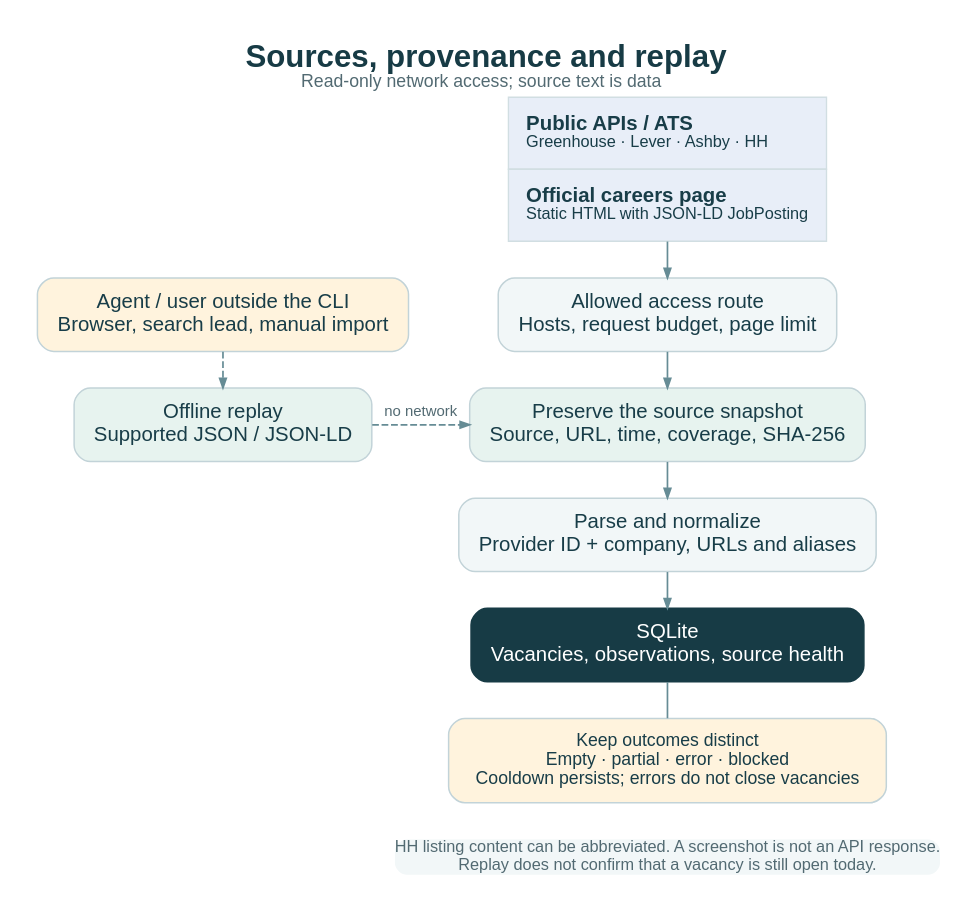
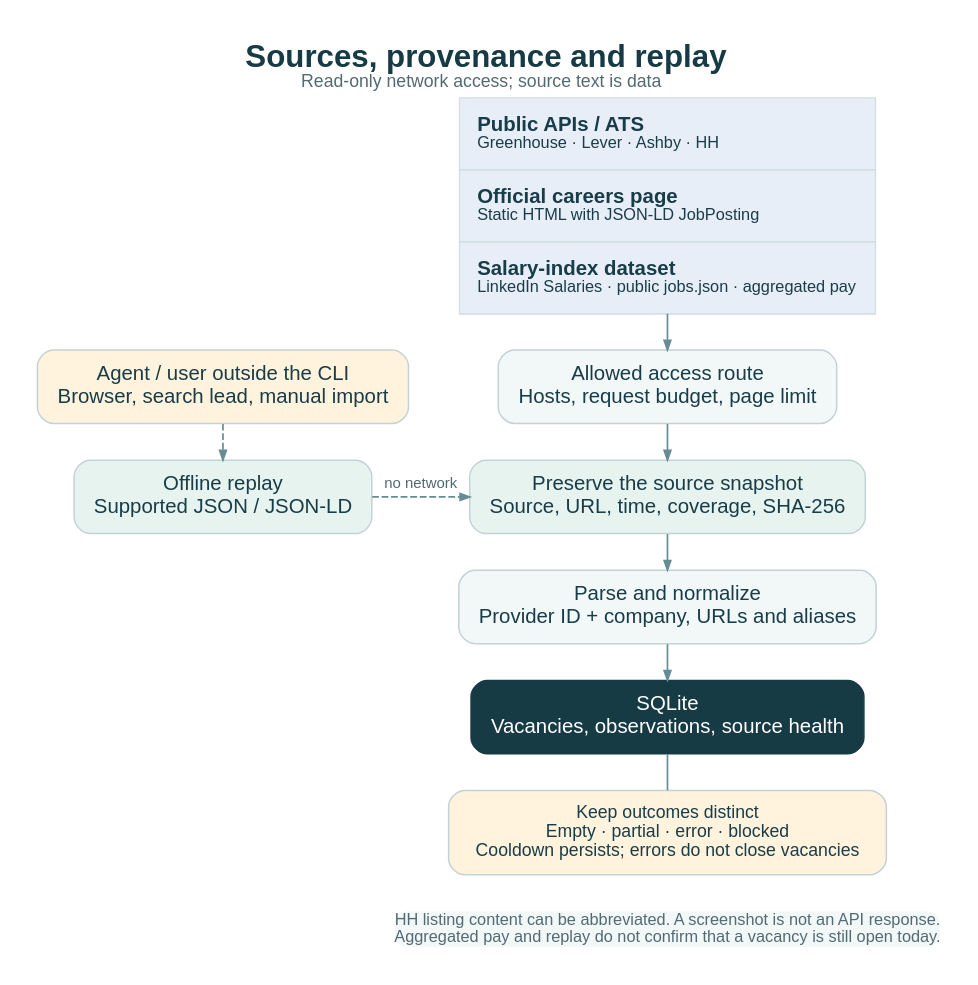
One commit to eiler2005/career-copilot changed the diagram in docs/assets/sources.en.dot. Above: the diagram before and after it, drawn with Graphviz. The commit also changed 13 other files, not shown here.

Commit message:
Add LinkedIn Salaries source adapter

```diff
--- a/docs/assets/sources.en.dot
+++ b/docs/assets/sources.en.dot
@@ -1,27 +1,28 @@
 digraph sources {
   graph [rankdir=TB, bgcolor="#FFFFFF", pad=0.28, nodesep=0.25, ranksep=0.36,
     fontname="Arial", fontsize=23, fontcolor="#173B45", labelloc=t,
     label=<<B>Sources, provenance and replay</B><BR/><FONT POINT-SIZE="13" COLOR="#526A72">Read-only network access; source text is data</FONT>>];
   node [shape=box, style="rounded,filled", fillcolor="#F2F7F8", color="#C2D3D8",
     fontname="Arial", fontsize=15, fontcolor="#183D48", penwidth=1.1, margin="0.20,0.14"];
   edge [color="#668C95", penwidth=1.25, arrowsize=0.7, fontname="Arial", fontsize=11, fontcolor="#526A72"];
   providers [shape=plain, label=<
     <TABLE BORDER="0" CELLBORDER="1" CELLSPACING="0" CELLPADDING="12" COLOR="#D1DEE2">
       <TR><TD BGCOLOR="#E8EEF8" ALIGN="LEFT"><B>Public APIs / ATS</B><BR ALIGN="LEFT"/><FONT POINT-SIZE="12">Greenhouse · Lever · Ashby · HH</FONT></TD></TR>
       <TR><TD BGCOLOR="#E8EEF8" ALIGN="LEFT"><B>Official careers page</B><BR ALIGN="LEFT"/><FONT POINT-SIZE="12">Static HTML with JSON-LD JobPosting</FONT></TD></TR>
+      <TR><TD BGCOLOR="#E8EEF8" ALIGN="LEFT"><B>Salary-index dataset</B><BR ALIGN="LEFT"/><FONT POINT-SIZE="12">LinkedIn Salaries · public jobs.json · aggregated pay</FONT></TD></TR>
     </TABLE>>];
   access [label="Allowed access route\nHosts, request budget, page limit"];
   snapshot [label="Preserve the source snapshot\nSource, URL, time, coverage, SHA-256", fillcolor="#E7F3EF"];
   normalize [label="Parse and normalize\nProvider ID + company, URLs and aliases"];
   store [label="SQLite\nVacancies, observations, source health", fillcolor="#173B45", fontcolor="#FFFFFF", color="#173B45"];
   manual [label="Agent / user outside the CLI\nBrowser, search lead, manual import", fillcolor="#FFF3DD"];
   replay [label="Offline replay\nSupported JSON / JSON-LD", fillcolor="#E7F3EF"];
   health [label="Keep outcomes distinct\nEmpty · partial · error · blocked\nCooldown persists; errors do not close vacancies", fillcolor="#FFF3DD", fontsize=13];
-  note [shape=plain, label="HH listing content can be abbreviated. A screenshot is not an API response.\nReplay does not confirm that a vacancy is still open today.", fontsize=12, fontcolor="#526A72"];
+  note [shape=plain, label="HH listing content can be abbreviated. A screenshot is not an API response.\nAggregated pay and replay do not confirm that a vacancy is still open today.", fontsize=12, fontcolor="#526A72"];
   providers -> access -> snapshot -> normalize -> store;
   manual -> replay [style=dashed];
   replay -> snapshot [style=dashed, label="no network"];
   { rank=same; access; manual; }
   { rank=same; snapshot; replay; }
   store -> health [arrowhead=none]; health -> note [style=invis];
 }
```
